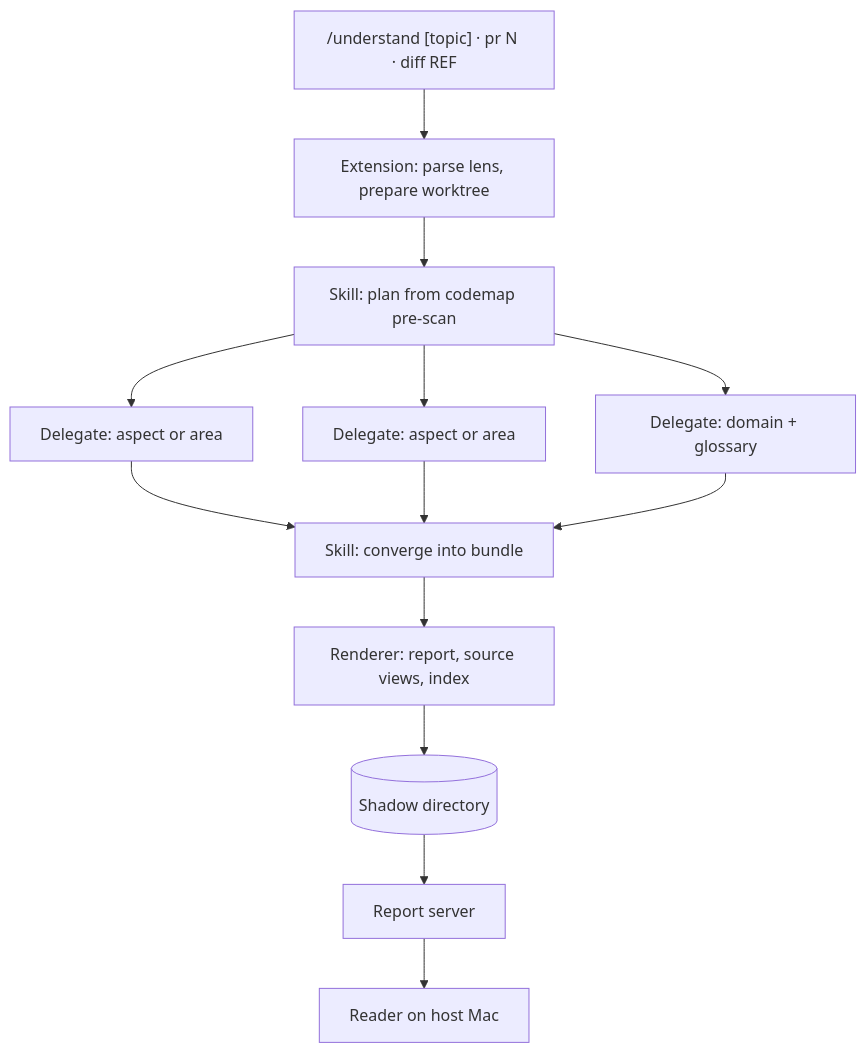
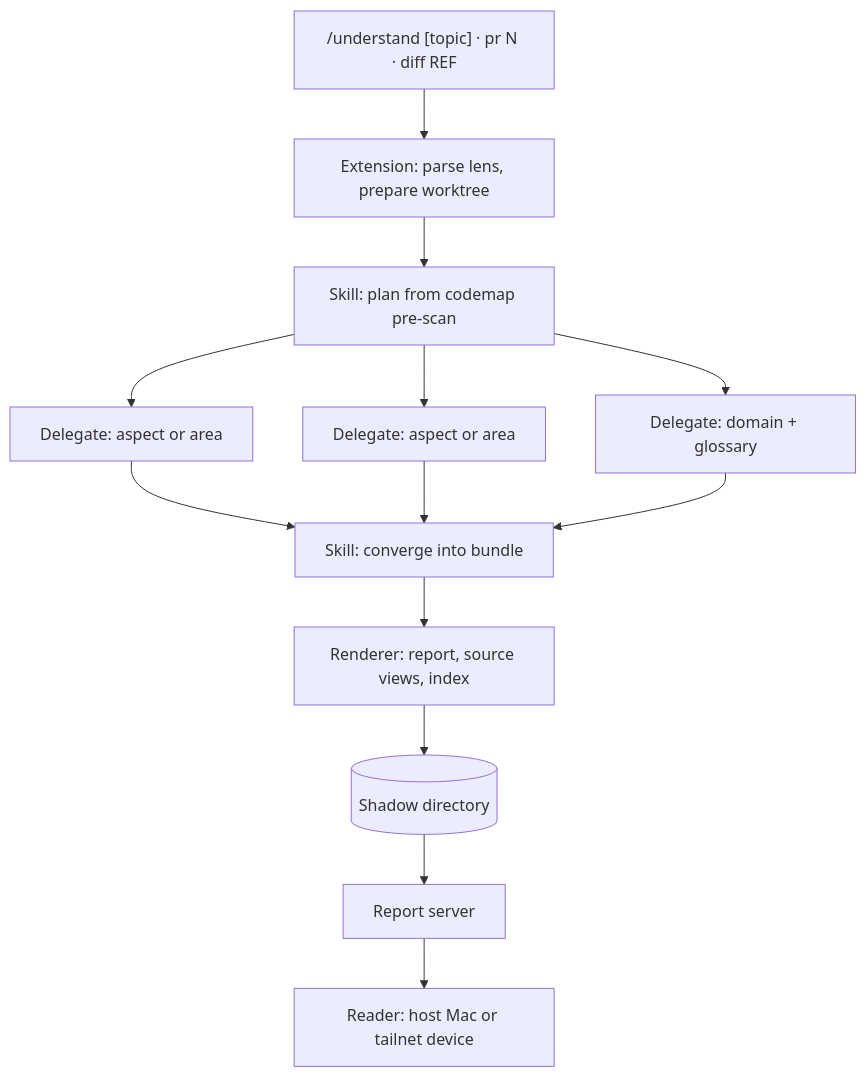
One commit to shalomb/agent-skills changed the first of 6 diagrams in docs/reference/understand/spec.md. Above: the diagram before and after it, drawn with Mermaid. The commit also changed other lines of this file and 5 other files, not shown here.

````diff
--- a/docs/reference/understand/spec.md
+++ b/docs/reference/understand/spec.md
@@ -34,13 +35,13 @@
 ```mermaid
 flowchart TB
   U["/understand [topic] · pr N · diff REF"] --> X[Extension: parse lens, prepare worktree]
   X --> P[Skill: plan from codemap pre-scan]
   P --> D1[Delegate: aspect or area]
   P --> D2[Delegate: aspect or area]
   P --> D3[Delegate: domain + glossary]
   D1 & D2 & D3 --> C[Skill: converge into bundle]
   C --> R[Renderer: report, source views, index]
   R --> S[(Shadow directory)]
   S --> N[Report server]
-  N --> B[Reader on host Mac]
+  N --> B[Reader: host Mac or tailnet device]
 ```
````
